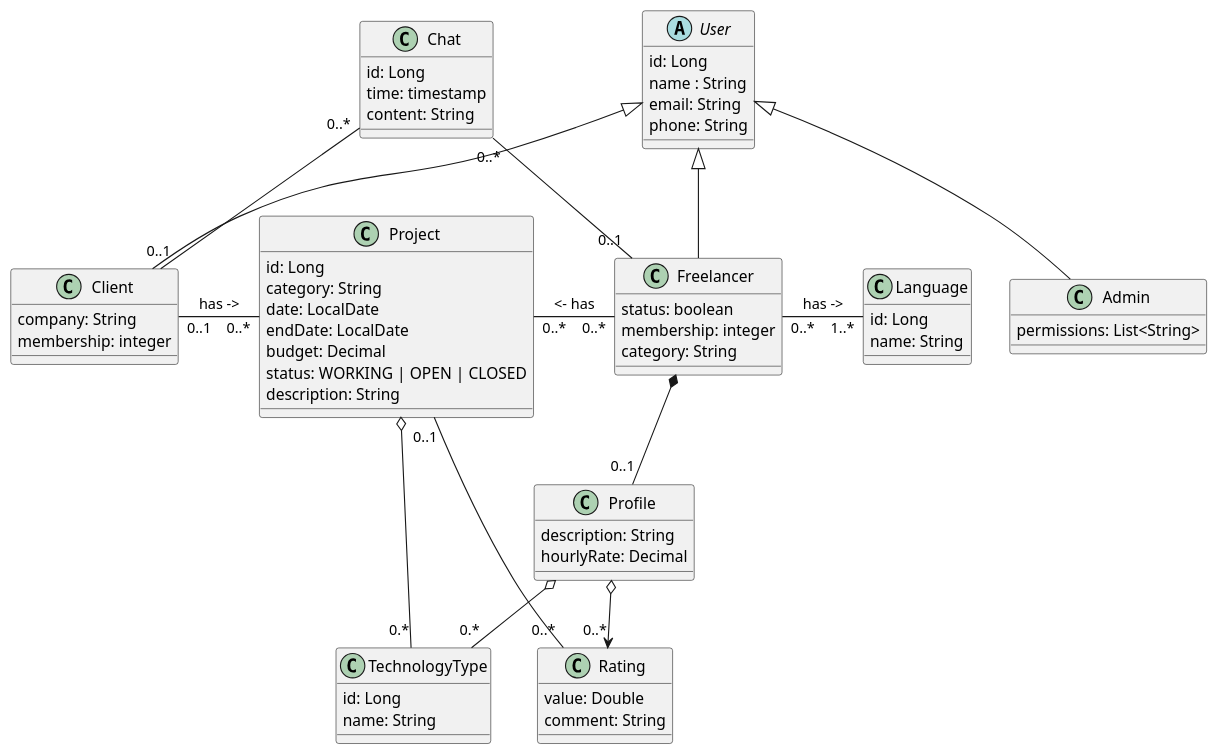
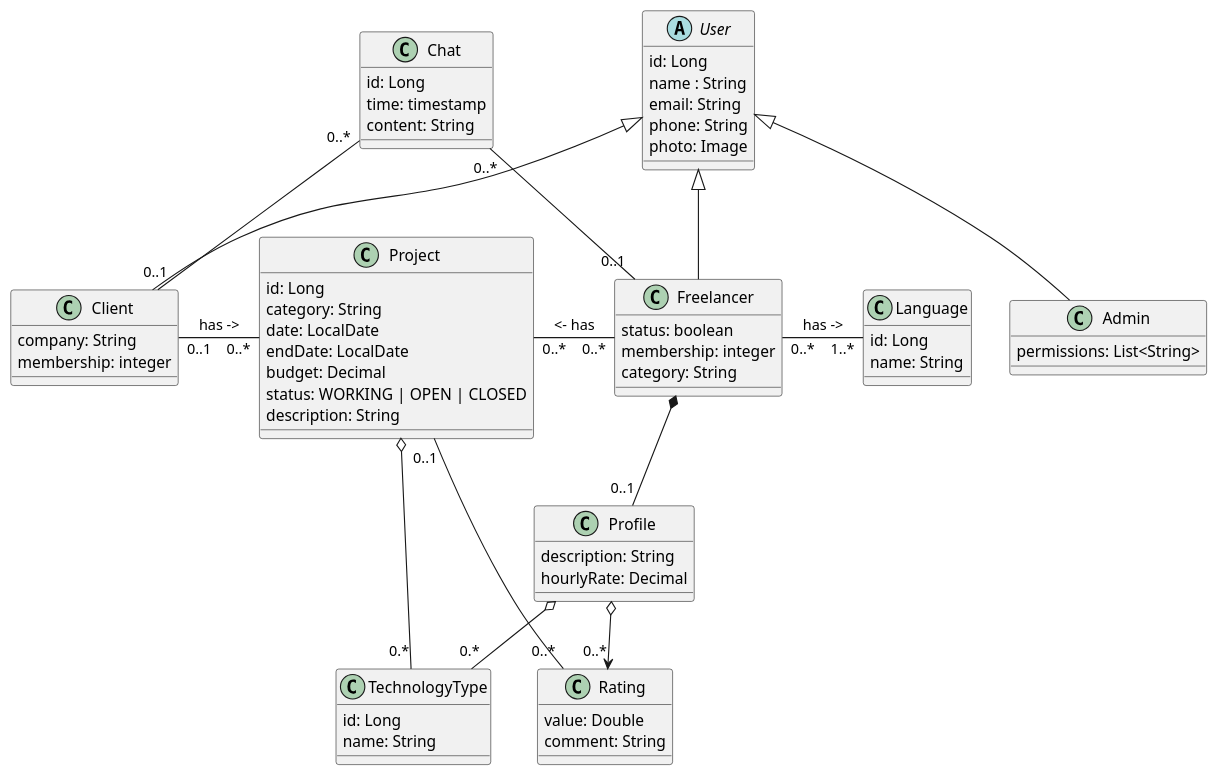
One commit to Pesagniya/privatevoid changed the diagram in docs/modeloconceitual.puml. Above: the diagram before and after it, drawn with PlantUML.

```diff
--- a/docs/modeloconceitual.puml
+++ b/docs/modeloconceitual.puml
@@ -1,77 +1,78 @@
 @startuml
 abstract class User {
     id: Long
     name : String
     email: String
     phone: String
+    photo: Image
 }   
 
 class Freelancer {
     status: boolean 
     membership: integer
     category: String
 }
 
 class Chat {
     id: Long
     time: timestamp
     content: String
 }
 
 class Client {
      company: String
      membership: integer
 }
 
 
 class TechnologyType {
     id: Long
     name: String
 }
 
 
 class Project {
     id: Long
     category: String
     date: LocalDate
     endDate: LocalDate
     budget: Decimal
     status: WORKING | OPEN | CLOSED
     description: String
 
 }
 
 class Profile {
     description: String
     hourlyRate: Decimal
 }
 
 class Rating {
     value: Double
     comment: String
 }
 
 
 class Language {
     id: Long
     name: String
 }
 
 class Admin {
     permissions: List<String>
 }
 
 User              <|--             Client
 User              <|--             Freelancer
 User              <|--             Admin
 Project      o--  "0.*"   TechnologyType
 Profile  o--  "0.*"   TechnologyType
 Project "0..*"   -l-     "0..1"  Client            : has ->
 Project "0..*"   -r-     "0..*"  Freelancer      : <- has
 Freelancer *-- "0..1" Profile
 Freelancer "0..*"   -r-     "1..*"  Language           : has ->
 Profile o--> "0..*" Rating
 Project "0..1" -- "0..*" Rating
 Chat "0..*"   --     "0..1"  Client
 Chat "0..*"   --     "0..1"  Freelancer
 @enduml
```
